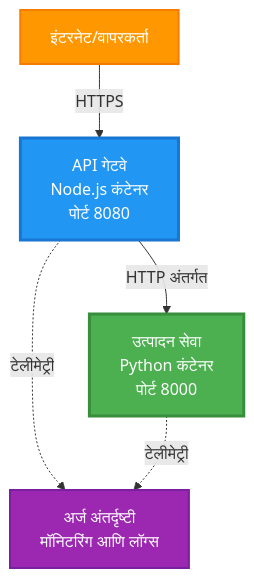
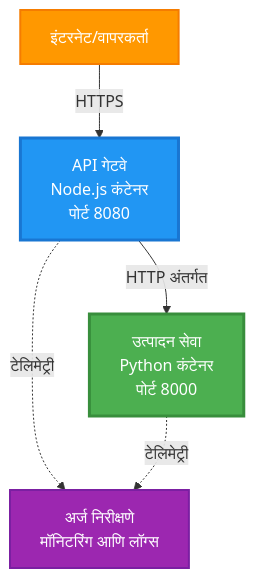
The first of 4 diagrams in translations/mr/examples/microservices/README.md (microsoft/AZD-for-beginners), drawn with Mermaid before and after one commit. The commit also changed other lines of this file and 242 other files, not shown here.

````diff
--- a/translations/mr/examples/microservices/README.md
+++ b/translations/mr/examples/microservices/README.md
@@ -40,17 +31,17 @@
 ```mermaid
 graph TB
     Internet[इंटरनेट/वापरकर्ता]
     Gateway[API गेटवे<br/>Node.js कंटेनर<br/>पोर्ट 8080]
     Product[उत्पादन सेवा<br/>Python कंटेनर<br/>पोर्ट 8000]
-    AppInsights[अर्ज अंतर्दृष्टी<br/>मॉनिटरिंग आणि लॉग्स]
+    AppInsights[अर्ज निरीक्षणे<br/>मॉनिटरिंग आणि लॉग्स]
     
     Internet -->|HTTPS| Gateway
     Gateway -->|HTTP अंतर्गत| Product
-    Gateway -.->|टेलीमेट्री| AppInsights
-    Product -.->|टेलीमेट्री| AppInsights
+    Gateway -.->|टेलिमेट्री| AppInsights
+    Product -.->|टेलिमेट्री| AppInsights
     
     style Gateway fill:#2196F3,stroke:#1976D2,stroke-width:3px,color:#fff
     style Product fill:#4CAF50,stroke:#388E3C,stroke-width:3px,color:#fff
     style Internet fill:#FF9800,stroke:#F57C00,stroke-width:2px,color:#fff
     style AppInsights fill:#9C27B0,stroke:#7B1FA2,stroke-width:2px,color:#fff
 ```
````
